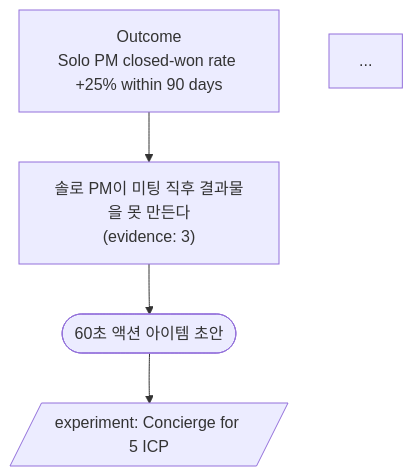
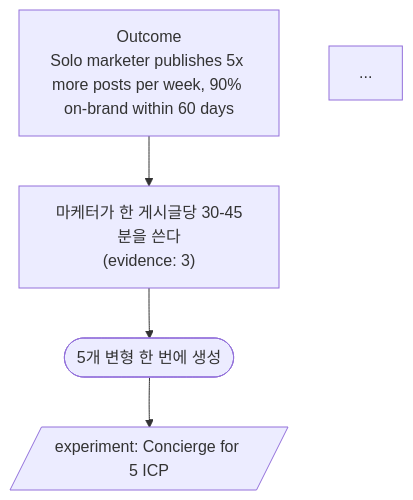
Before and after one commit to kimsanguine/AI_PM_Skills: the diagram in hplan/skills/ost/examples/good-01.md, drawn with Mermaid. The commit also changed other lines of this file and 19 other files, not shown here.

````diff
--- a/hplan/skills/ost/examples/good-01.md
+++ b/hplan/skills/ost/examples/good-01.md
@@ -36,11 +36,11 @@
 ```mermaid
 flowchart TD
-  outcome["Outcome\nSolo PM closed-won rate +25% within 90 days"]
-  O1["솔로 PM이 미팅 직후 결과물을 못 만든다\n(evidence: 3)"]
+  outcome["Outcome\nSolo marketer publishes 5x more posts per week, 90% on-brand within 60 days"]
+  O1["마케터가 한 게시글당 30-45분을 쓴다\n(evidence: 3)"]
   outcome --> O1
-  S1_1(["60초 액션 아이템 초안"])
+  S1_1(["5개 변형 한 번에 생성"])
   O1 --> S1_1
   E1_1[/"experiment: Concierge for 5 ICP"/]
   S1_1 --> E1_1
   ...
 ```
````
